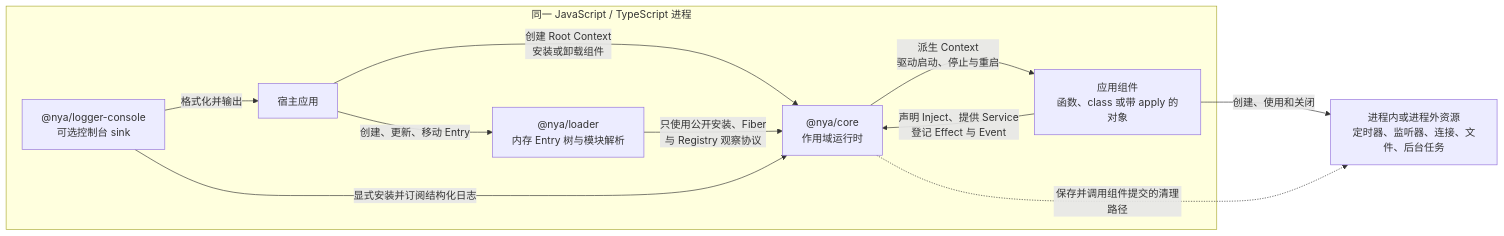
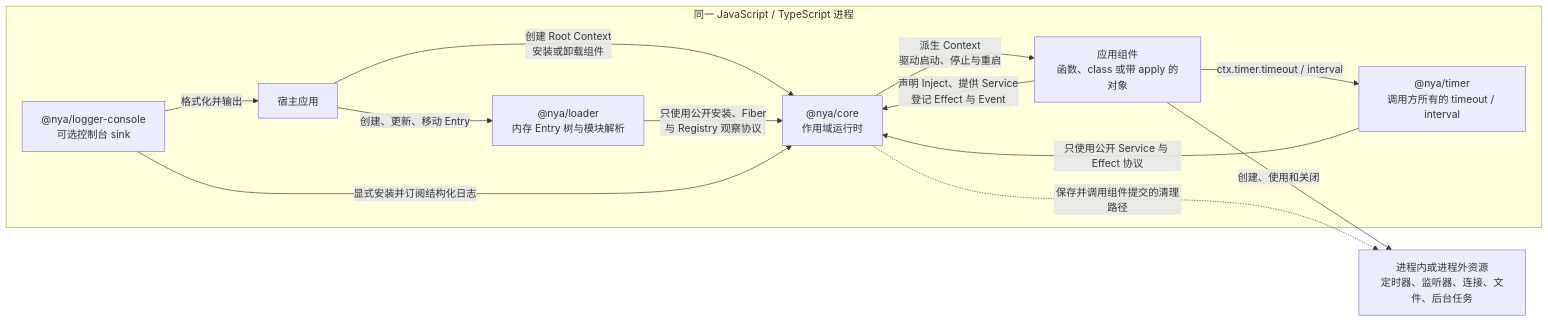
One commit to fanfan-de/NyaCore changed the first of 9 diagrams in docs/architecture.md. Above: the diagram before and after it, drawn with Mermaid. The commit also changed other lines of this file and 68 other files, not shown here.

````diff
--- a/docs/architecture.md
+++ b/docs/architecture.md
@@ -34,23 +34,26 @@
 ```mermaid
 flowchart LR
     subgraph Process["同一 JavaScript / TypeScript 进程"]
         Host["宿主应用"]
         Core["@nya/core<br/>作用域运行时"]
         Loader["@nya/loader<br/>内存 Entry 树与模块解析"]
         ConsoleLogger["@nya/logger-console<br/>可选控制台 sink"]
+        Timer["@nya/timer<br/>调用方所有的 timeout / interval"]
         Components["应用组件<br/>函数、class 或带 apply 的对象"]
 
         Host -->|"创建 Root Context<br/>安装或卸载组件"| Core
         Host -->|"创建、更新、移动 Entry"| Loader
         Loader -->|"只使用公开安装、Fiber<br/>与 Registry 观察协议"| Core
         Core -->|"派生 Context<br/>驱动启动、停止与重启"| Components
         Components -->|"声明 Inject、提供 Service<br/>登记 Effect 与 Event"| Core
         ConsoleLogger -->|"显式安装并订阅结构化日志"| Core
         ConsoleLogger -->|"格式化并输出"| Host
+        Timer -->|"只使用公开 Service 与 Effect 协议"| Core
+        Components -->|"ctx.timer.timeout / interval"| Timer
     end
 
     Resources["进程内或进程外资源<br/>定时器、监听器、连接、文件、后台任务"]
 
     Components -->|"创建、使用和关闭"| Resources
     Core -.->|"保存并调用组件提交的清理路径"| Resources
 ```
````
